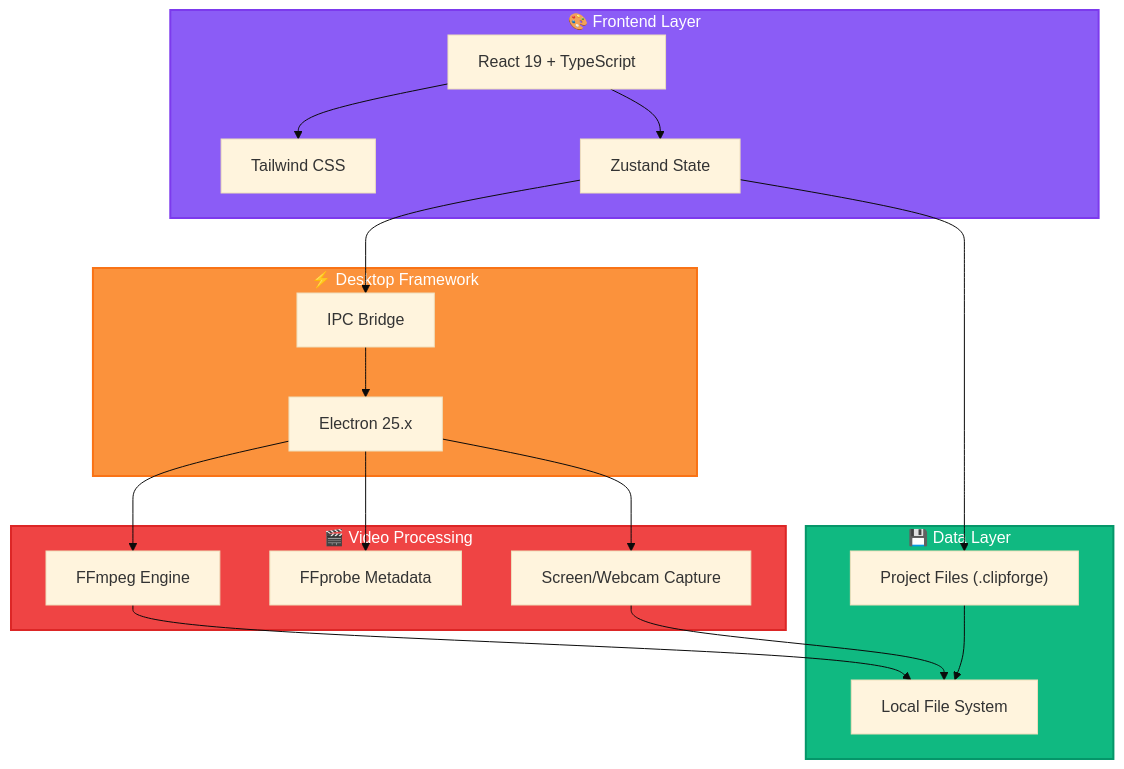
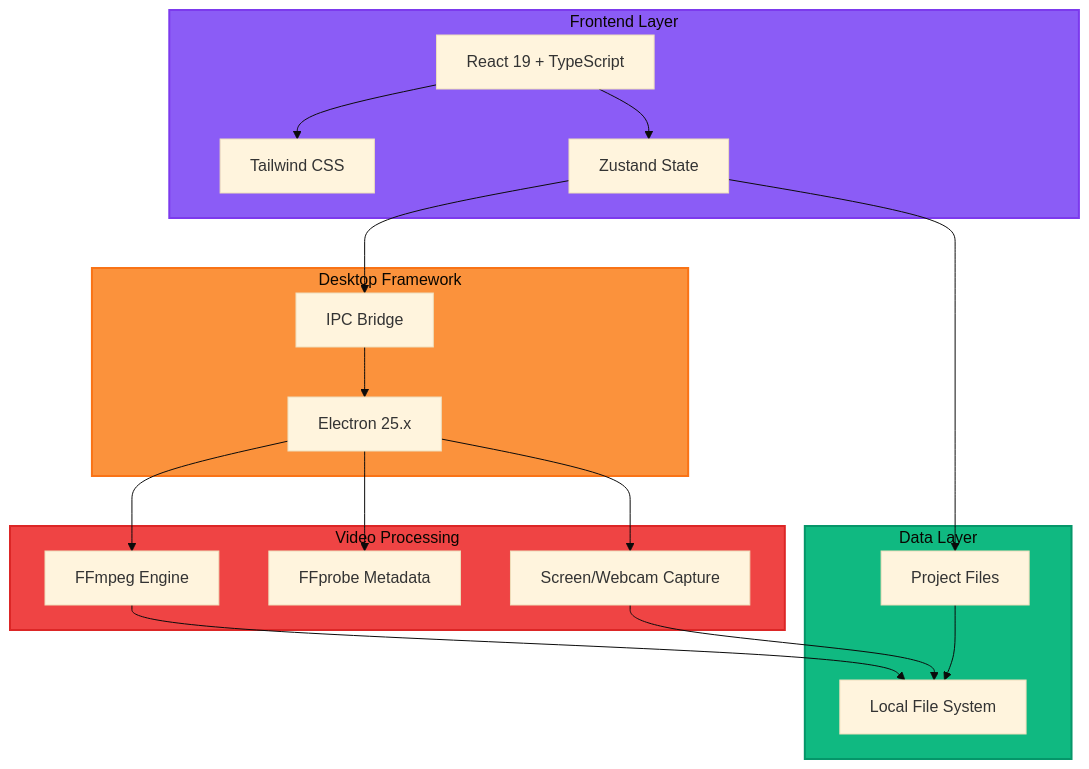
One commit to LoganLiangMay/clip_forge changed the first of 2 diagrams in README.md. Above: the diagram before and after it, drawn with Mermaid (base theme).

Commit message:
Fix Mermaid diagram syntax for GitHub rendering
- Remove emojis from subgraph labels
- Simplify style properties
- Use cleaner subgraph notation

🤖 Generated with [Claude Code](https://claude.com/claude-code)

````diff
--- a/README.md
+++ b/README.md
@@ -7,41 +7,41 @@
 ```mermaid
 graph TB
-    subgraph UI["🎨 Frontend Layer"]
-        React["React 19 + TypeScript"]
-        Tailwind["Tailwind CSS"]
-        Zustand["Zustand State"]
+    subgraph Frontend[Frontend Layer]
+        React[React 19 + TypeScript]
+        Tailwind[Tailwind CSS]
+        Zustand[Zustand State]
     end
 
-    subgraph Desktop["⚡ Desktop Framework"]
-        Electron["Electron 25.x"]
-        IPC["IPC Bridge"]
+    subgraph Desktop[Desktop Framework]
+        Electron[Electron 25.x]
+        IPC[IPC Bridge]
     end
 
-    subgraph Processing["🎬 Video Processing"]
-        FFmpeg["FFmpeg Engine"]
-        FFprobe["FFprobe Metadata"]
-        Recorder["Screen/Webcam Capture"]
+    subgraph Processing[Video Processing]
+        FFmpeg[FFmpeg Engine]
+        FFprobe[FFprobe Metadata]
+        Recorder[Screen/Webcam Capture]
     end
 
-    subgraph Storage["💾 Data Layer"]
-        FileSystem["Local File System"]
-        Projects["Project Files (.clipforge)"]
+    subgraph Storage[Data Layer]
+        FileSystem[Local File System]
+        Projects[Project Files]
     end
 
     React --> Zustand
     React --> Tailwind
     Zustand --> IPC
     IPC --> Electron
     Electron --> FFmpeg
     Electron --> FFprobe
     Electron --> Recorder
     FFmpeg --> FileSystem
     Recorder --> FileSystem
     Zustand --> Projects
     Projects --> FileSystem
 
-    style UI fill:#8b5cf6,stroke:#7c3aed,stroke-width:2px,color:#fff
-    style Desktop fill:#fb923c,stroke:#f97316,stroke-width:2px,color:#fff
-    style Processing fill:#ef4444,stroke:#dc2626,stroke-width:2px,color:#fff
-    style Storage fill:#10b981,stroke:#059669,stroke-width:2px,color:#fff
+    style Frontend fill:#8b5cf6,stroke:#7c3aed,stroke-width:2px
+    style Desktop fill:#fb923c,stroke:#f97316,stroke-width:2px
+    style Processing fill:#ef4444,stroke:#dc2626,stroke-width:2px
+    style Storage fill:#10b981,stroke:#059669,stroke-width:2px
 ```
````
